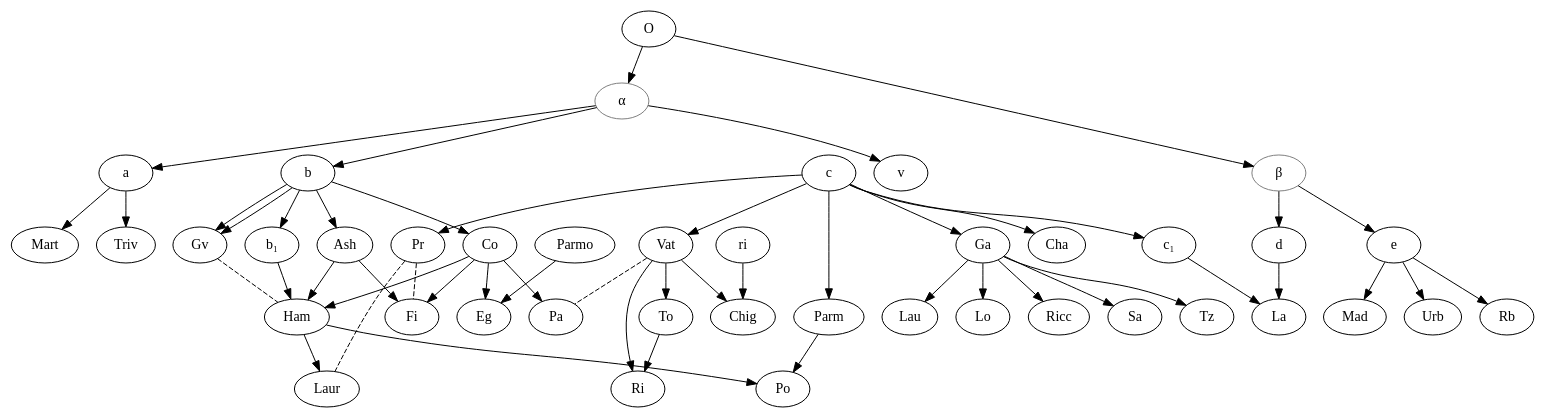
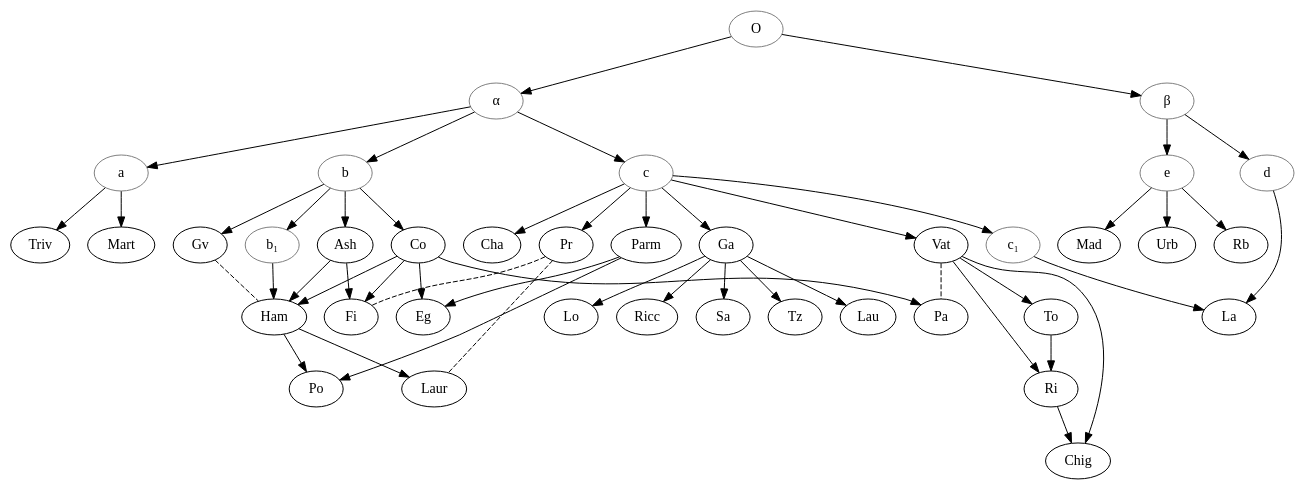
One commit to OpenStemmata/database changed the diagram in Commedia/graph.gv. Above: the diagram before and after it, drawn with Graphviz.

Commit message:
Update graph.gv
Corrected many minor mistakes
Added "grey" for hypothetical nodes

```diff
--- a/Commedia/graph.gv
+++ b/Commedia/graph.gv
@@ -1,65 +1,73 @@
 digraph {
     alpha[color="grey", label="α"]
     beta[color="grey", label="β"]
+    original[color="grey", label="O"]
+    a[color="grey"]
+    b[color="grey"]
+    bprime[color="grey", label="b₁"]
+    c[color="grey"]
+    d[color="grey"]
+    e[color="grey"]
+    cprime[color="grey", label="c₁"]
 
-    O -> alpha;
-    O -> beta;
+    original -> alpha;
+    original -> beta;
 
     alpha -> a;
     alpha -> b;
-    alpha -> v;
+    alpha -> c;
 
+    a -> Triv;
     a -> Mart;
-    a -> Triv;
+    
 
     b -> Ash;
     b -> Co;
     b -> Gv;
-    b -> Gv;
-    b -> b₁;
+    b -> bprime;
 
     Ash -> Ham;
     Ash -> Fi;
     Co -> Ham;
     Co -> Eg;
     Co -> Fi;
     Co -> Pa;
     Gv -> Ham [dir=none, style="dashed"];
-    b₁ -> Ham;
+    bprime -> Ham;
     Ham -> Laur;
     Ham -> Po;
 
     c-> Parm;
     c -> Pr;
     c -> Ga;
     c -> Vat;
     c -> Cha;
-    c -> c₁;
+    c -> cprime;
 
     Parm -> Po;
-    Parmo -> Eg;
+    Parm -> Eg;
     Pr -> Laur [dir=none, style="dashed"];
     Pr -> Fi [dir=none, style="dashed"];
     Ga -> Lau;
     Ga -> Lo;
     Ga -> Ricc;
     Ga -> Sa;
     Ga -> Tz;
 
     Vat -> Pa [dir=none, style="dashed"];
     Vat -> To;
     Vat -> Ri;
     Vat -> Chig;
     To -> Ri;
-    ri -> Chig;
+    Ri -> Chig;
 
-    c₁ -> La;
+    cprime -> La;
 
     beta -> d;
     beta -> e;
     d -> La;
     e -> Mad;
     e -> Urb;
     e -> Rb;
 
 }
```
